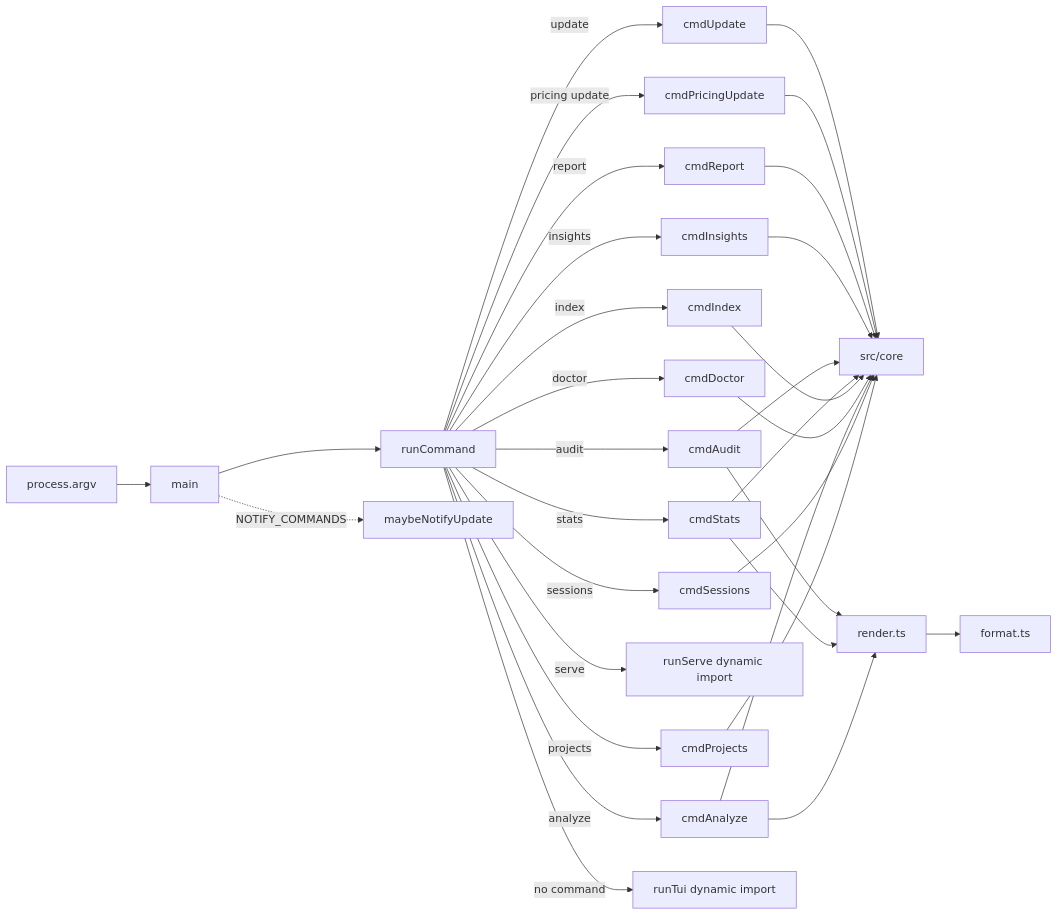
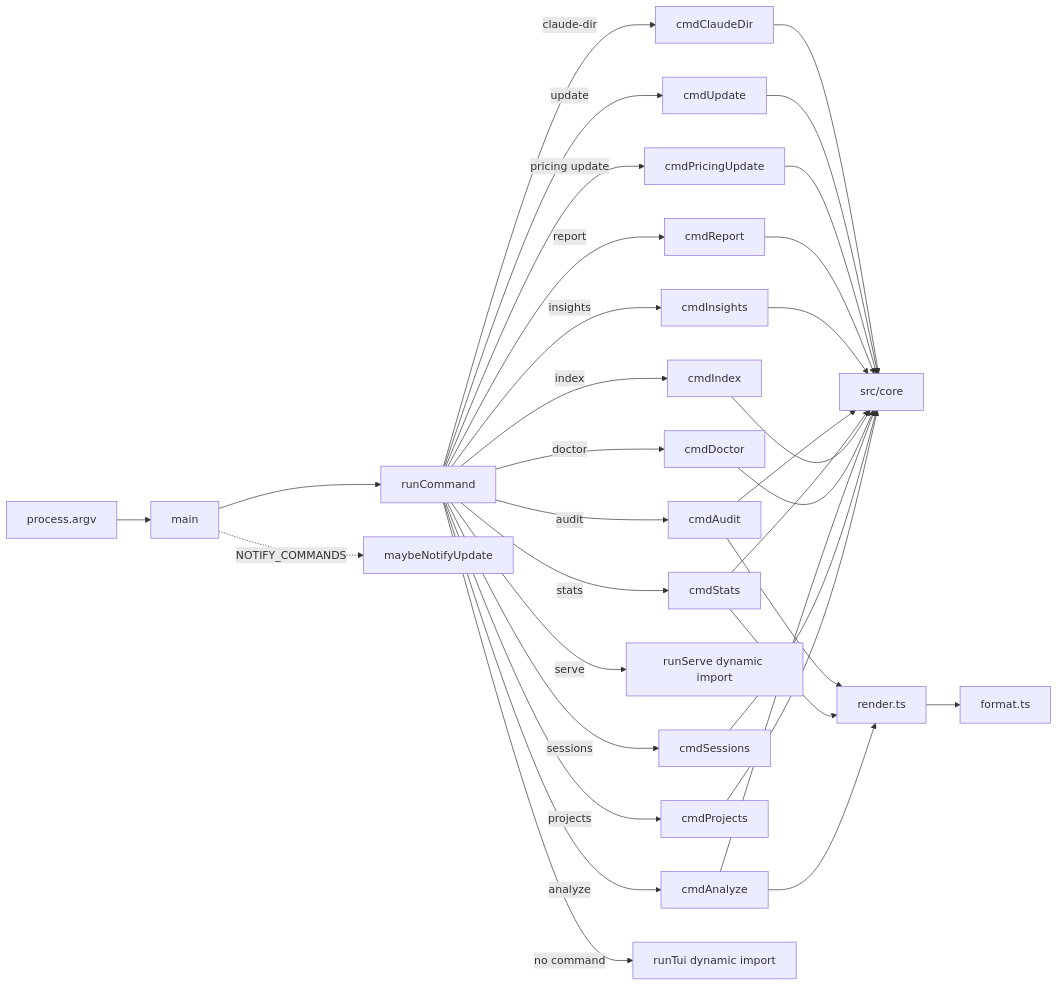
Before and after one commit to yorch/cc-analyzer: the diagram in wiki/3-cli.md, drawn with Mermaid. The commit also changed other lines of this file and 52 other files, not shown here.

First line of the commit message:
feat(core): read custom and multiple Claude Code data directories (#71)

````diff
--- a/wiki/3-cli.md
+++ b/wiki/3-cli.md
@@ -19,25 +19,26 @@
 ```mermaid
 flowchart LR
     argv[process.argv] --> main
     main --> runCommand
     runCommand -->|projects| cmdProjects
     runCommand -->|sessions| cmdSessions
     runCommand -->|analyze| cmdAnalyze
     runCommand -->|doctor| cmdDoctor
     runCommand -->|index| cmdIndex
     runCommand -->|stats| cmdStats
     runCommand -->|audit| cmdAudit
     runCommand -->|insights| cmdInsights
     runCommand -->|report| cmdReport
     runCommand -->|serve| runServe[runServe dynamic import]
     runCommand -->|pricing update| cmdPricingUpdate
     runCommand -->|update| cmdUpdate
+    runCommand -->|claude-dir| cmdClaudeDir
     runCommand -->|no command| runTui[runTui dynamic import]
     main -.NOTIFY_COMMANDS.-> maybeNotifyUpdate
 
-    cmdProjects & cmdSessions & cmdAnalyze & cmdDoctor & cmdIndex & cmdStats & cmdAudit & cmdInsights & cmdReport & cmdPricingUpdate & cmdUpdate --> core[src/core]
+    cmdProjects & cmdSessions & cmdAnalyze & cmdDoctor & cmdIndex & cmdStats & cmdAudit & cmdInsights & cmdReport & cmdPricingUpdate & cmdUpdate & cmdClaudeDir --> core[src/core]
     cmdAnalyze --> render[render.ts]
     cmdStats --> render
     cmdAudit --> render
     render --> format[format.ts]
 ```
````
